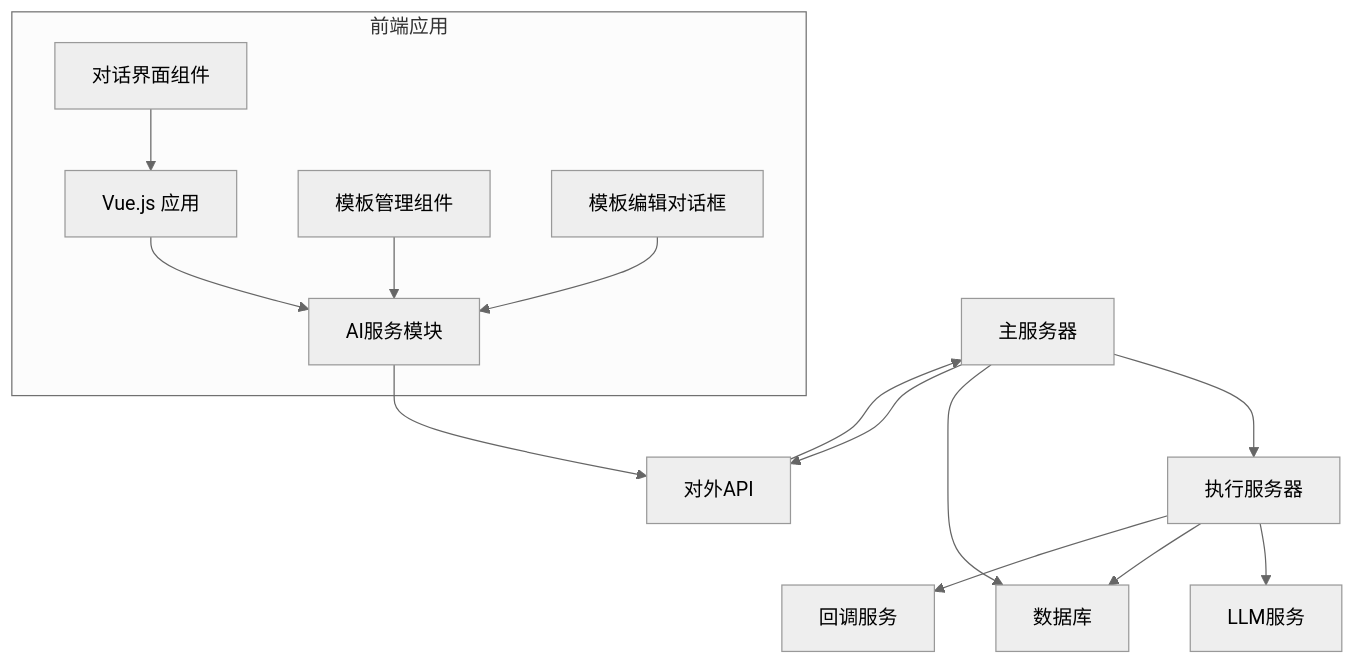
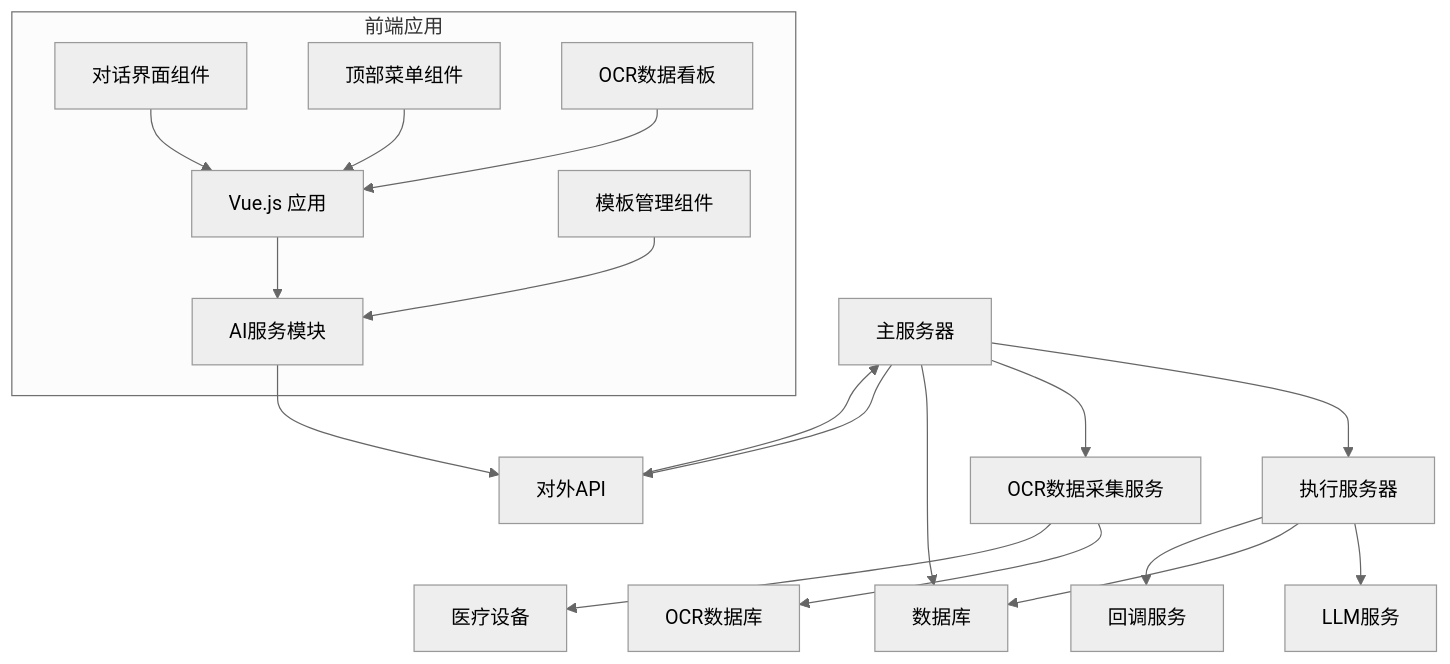
The second of 10 diagrams in .qoder/repowiki/zh/content/核心功能模块/AI诊断辅助系统.md (liuzh2008/med_ai_assistant_workspace), drawn with Mermaid (neutral theme) before and after one commit. The commit also changed other lines of this file and 2 other files, not shown here.

````diff
--- a/.qoder/repowiki/zh/content/核心功能模块/AI诊断辅助系统.md
+++ b/.qoder/repowiki/zh/content/核心功能模块/AI诊断辅助系统.md
@@ -117,22 +135,27 @@
 ```mermaid
 graph TB
 A["主服务器"] --> B["执行服务器"]
-B --> C["LLM服务"]
-A --> D["数据库"]
-B --> D
-B --> E["回调服务"]
-A --> F["对外API"]
-F --> A
+A --> C["OCR数据采集服务"]
+B --> D["LLM服务"]
+A --> E["数据库"]
+B --> E
+C --> F["OCR数据库"]
+C --> G["医疗设备"]
+B --> H["回调服务"]
+A --> I["对外API"]
+I --> A
 subgraph "前端应用"
-G["Vue.js 应用"]
-H["AI服务模块"]
-I["对话界面组件"]
-J["模板管理组件"]
-K["模板编辑对话框"]
+J["Vue.js 应用"]
+K["AI服务模块"]
+L["对话界面组件"]
+M["模板管理组件"]
+N["顶部菜单组件"]
+O["OCR数据看板"]
 end
-G --> H
-H --> F
-I --> G
-J --> H
-K --> H
+J --> K
+K --> I
+L --> J
+M --> K
+N --> J
+O --> J
 ```
````
